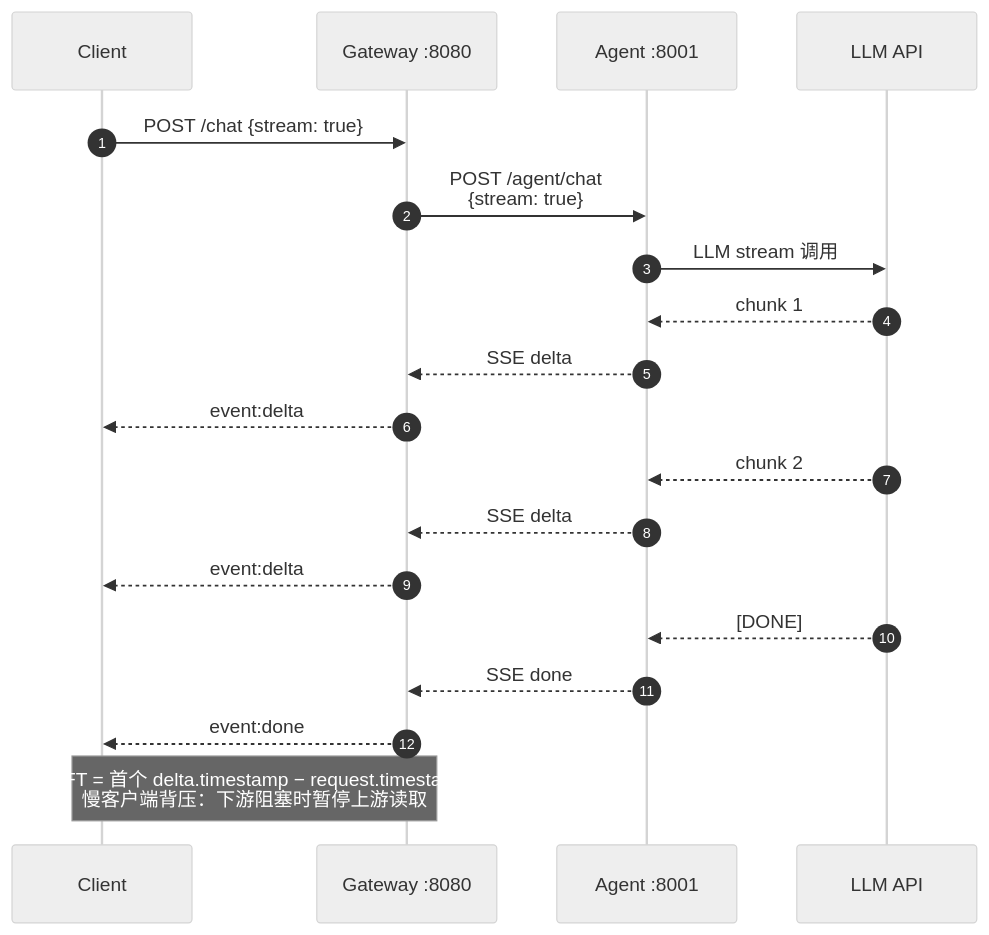
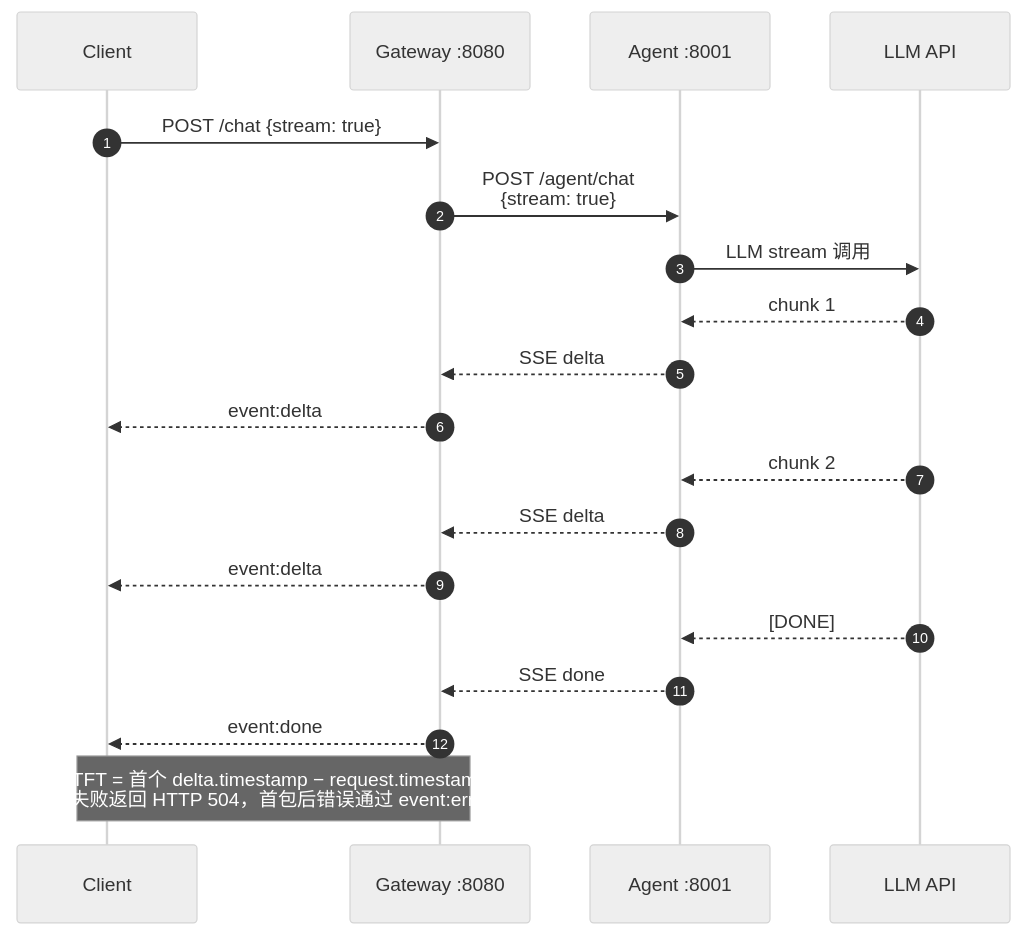
The fourth of 4 diagrams in DEMO_SCRIPT.md (kuaijiemei/Cyrus-GW), drawn with Mermaid (neutral theme) before and after one commit. The commit also changed other lines of this file and 5 other files, not shown here.

````diff
--- a/DEMO_SCRIPT.md
+++ b/DEMO_SCRIPT.md
@@ -102,26 +102,26 @@
 ```mermaid
 sequenceDiagram
     autonumber
     participant C as Client
     participant G as Gateway :8080
     participant A as Agent :8001
     participant L as LLM API
 
     C->>G: POST /chat {stream: true}
     G->>A: POST /agent/chat<br/>{stream: true}
     A->>L: LLM stream 调用
 
     L-->>A: chunk 1
     A-->>G: SSE delta
     G-->>C: event:delta
 
     L-->>A: chunk 2
     A-->>G: SSE delta
     G-->>C: event:delta
 
     L-->>A: [DONE]
     A-->>G: SSE done
     G-->>C: event:done
 
-    Note over C,G: TTFT = 首个 delta.timestamp − request.timestamp<br/>慢客户端背压：下游阻塞时暂停上游读取
+    Note over C,G: TTFT = 首个 delta.timestamp − request.timestamp<br/>首包前失败返回 HTTP 504，首包后错误通过 event:error 表达
 ```
````
